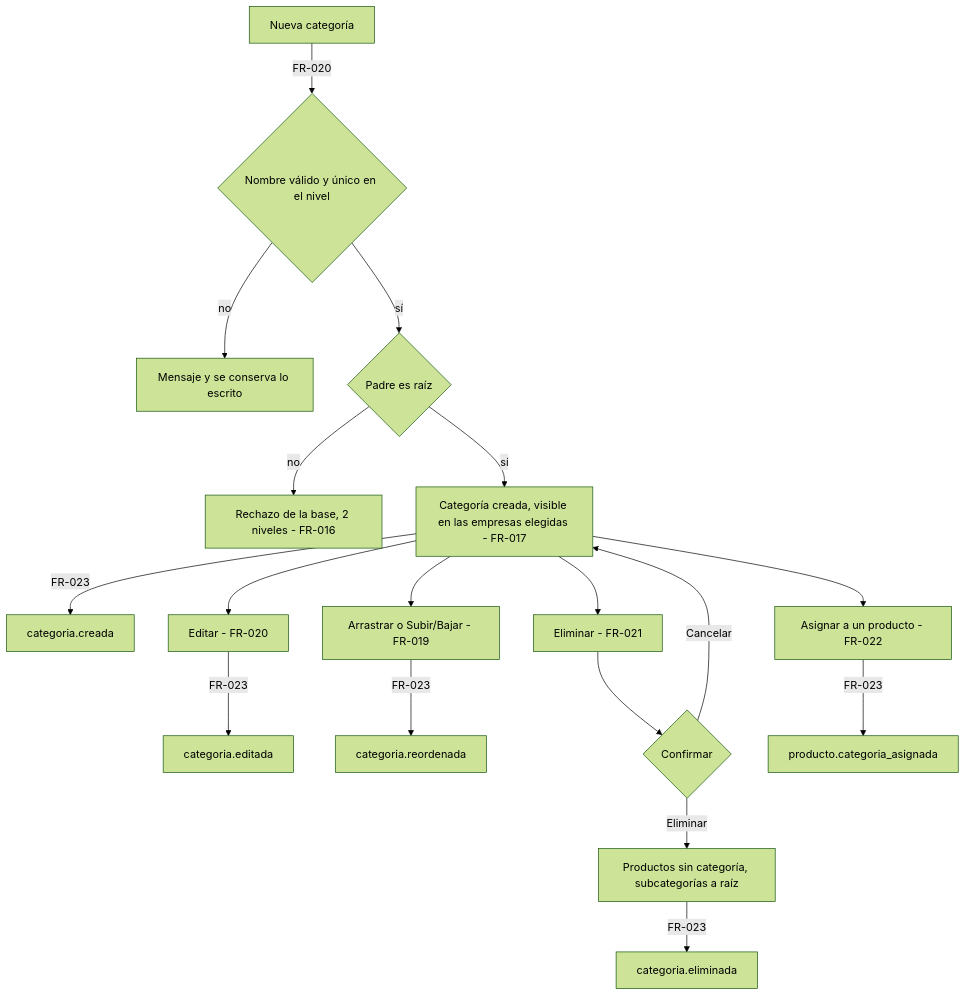
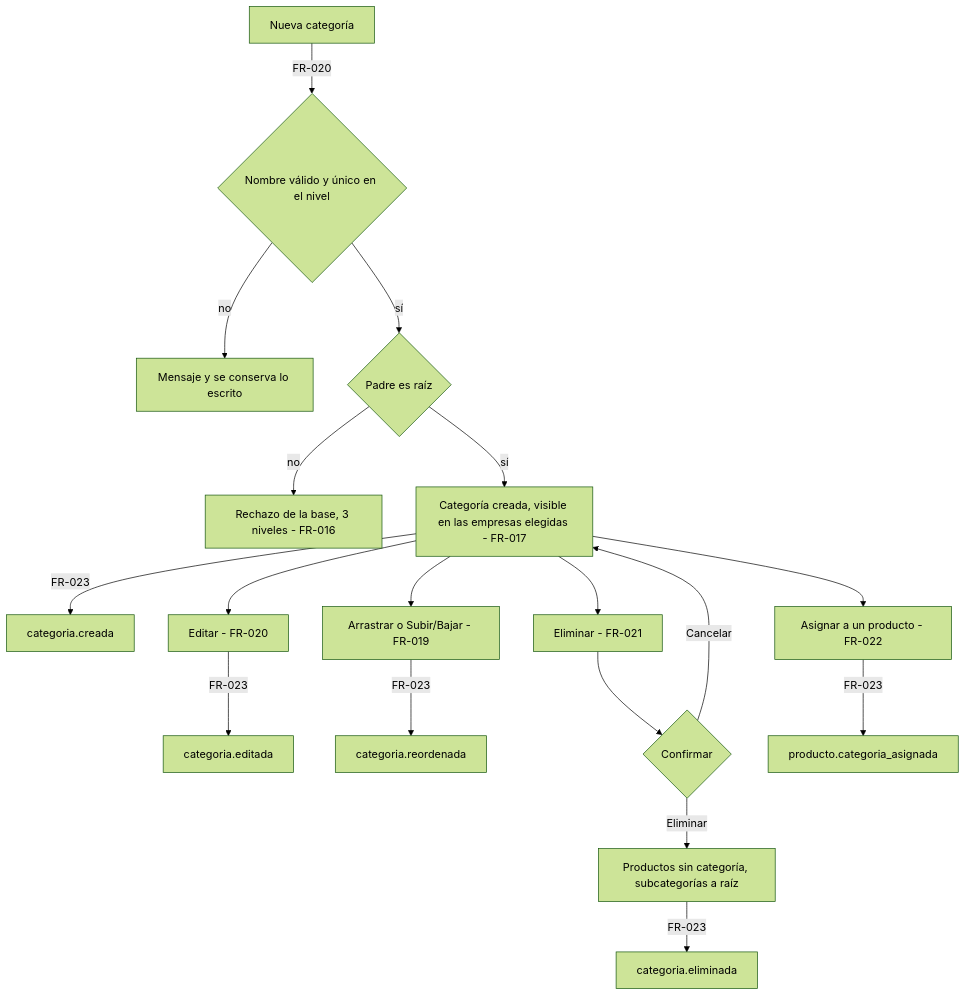
Before and after one commit to nicolasjones/multistorefront-meli: the fourth of 4 diagrams in specs/20261020-120000-catalogo-listado-y-categorias/spec.md, drawn with Mermaid (forest theme). The commit also changed other lines of this file and 14 other files, not shown here.

````diff
--- a/specs/20261020-120000-catalogo-listado-y-categorias/spec.md
+++ b/specs/20261020-120000-catalogo-listado-y-categorias/spec.md
@@ -272,20 +272,20 @@
 ```mermaid
 flowchart TD
   A[Nueva categoría] -->|FR-020| B{Nombre válido y único en el nivel}
   B -->|no| X[Mensaje y se conserva lo escrito]
   B -->|sí| C{Padre es raíz}
-  C -->|no| Y[Rechazo de la base, 2 niveles - FR-016]
+  C -->|no| Y[Rechazo de la base, 3 niveles - FR-016]
   C -->|sí| D[Categoría creada, visible en las empresas elegidas - FR-017]
   D -->|FR-023| L[categoria.creada]
   D --> E[Editar - FR-020]
   D --> G[Arrastrar o Subir/Bajar - FR-019]
   E -->|FR-023| L2[categoria.editada]
   G -->|FR-023| L3[categoria.reordenada]
   D --> H[Eliminar - FR-021]
   H --> I{Confirmar}
   I -->|Cancelar| D
   I -->|Eliminar| J[Productos sin categoría, subcategorías a raíz]
   J -->|FR-023| L4[categoria.eliminada]
   D --> K[Asignar a un producto - FR-022]
   K -->|FR-023| L5[producto.categoria_asignada]
 ```
````
